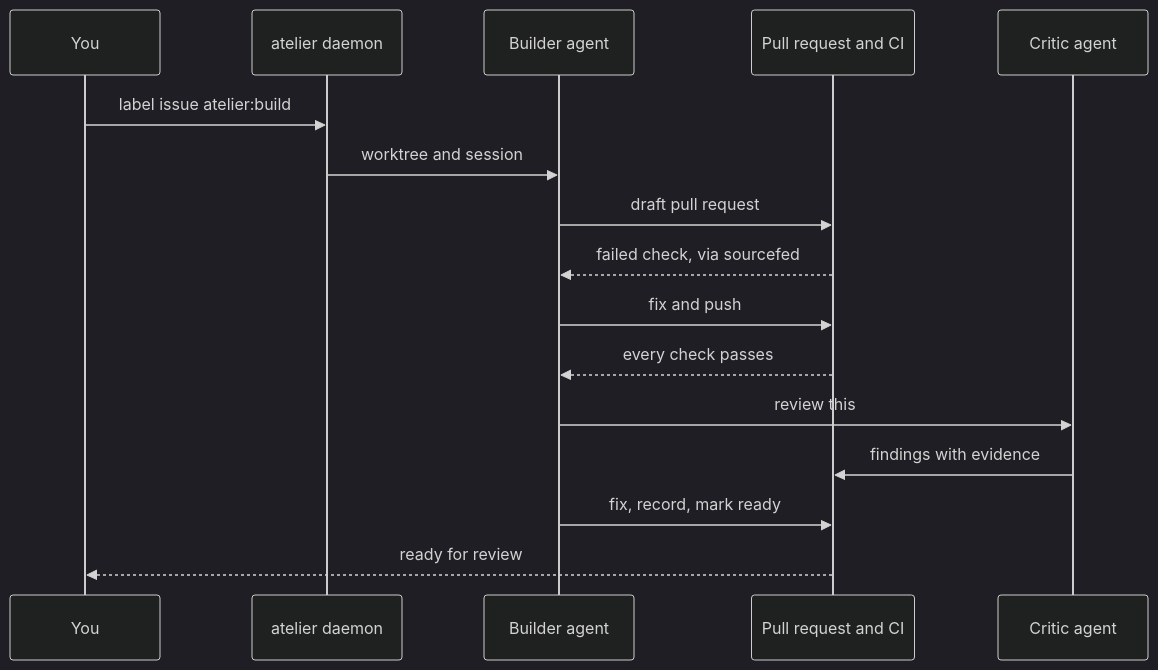
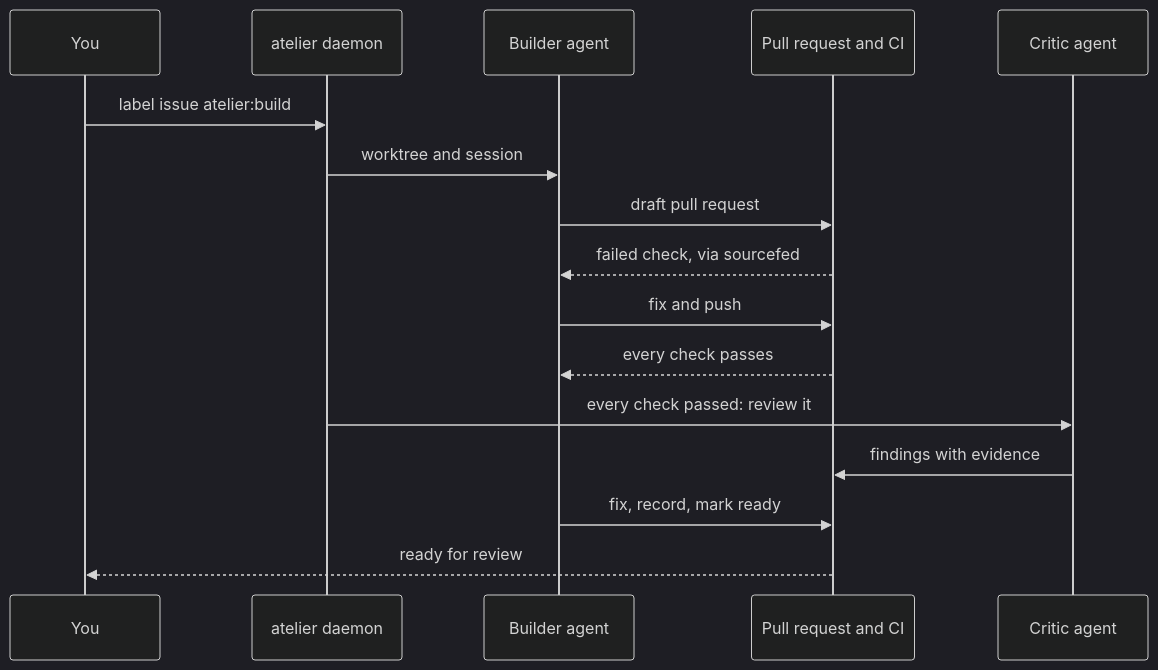
The first of 4 diagrams in README.md (StevenJPx2/atelier), drawn with Mermaid (dark theme) before and after one commit. The commit also changed other lines of this file, not shown here.

````diff
--- a/README.md
+++ b/README.md
@@ -18,18 +18,18 @@
 ```mermaid
 sequenceDiagram
     participant You
     participant Atelier as atelier daemon
     participant Builder as Builder agent
     participant PR as Pull request and CI
     participant Critic as Critic agent
     You->>Atelier: label issue atelier:build
     Atelier->>Builder: worktree and session
     Builder->>PR: draft pull request
     PR-->>Builder: failed check, via sourcefed
     Builder->>PR: fix and push
     PR-->>Builder: every check passes
-    Builder->>Critic: review this
+    Atelier->>Critic: every check passed: review it
     Critic->>PR: findings with evidence
     Builder->>PR: fix, record, mark ready
     PR-->>You: ready for review
 ```
````
